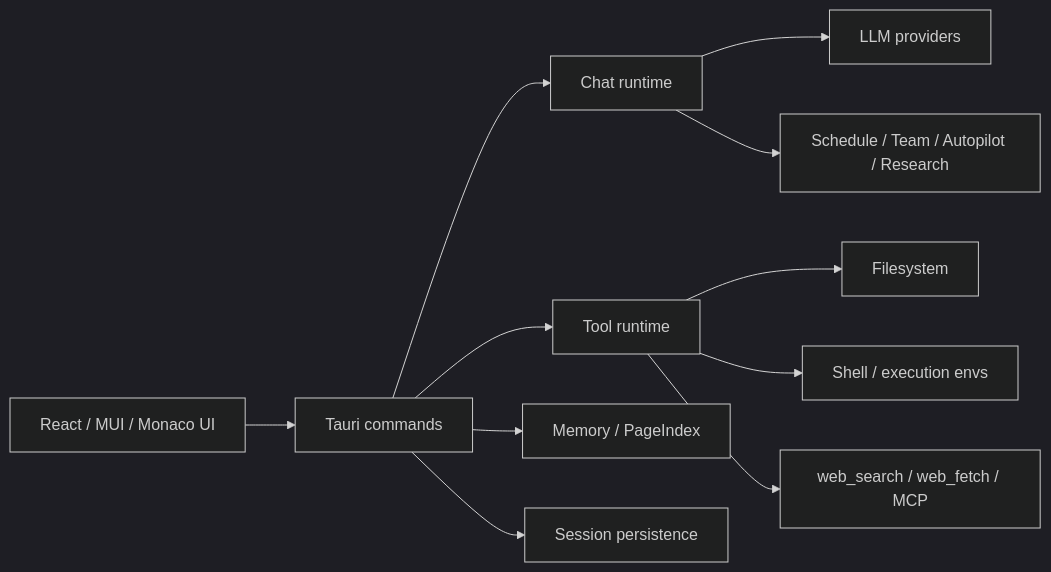
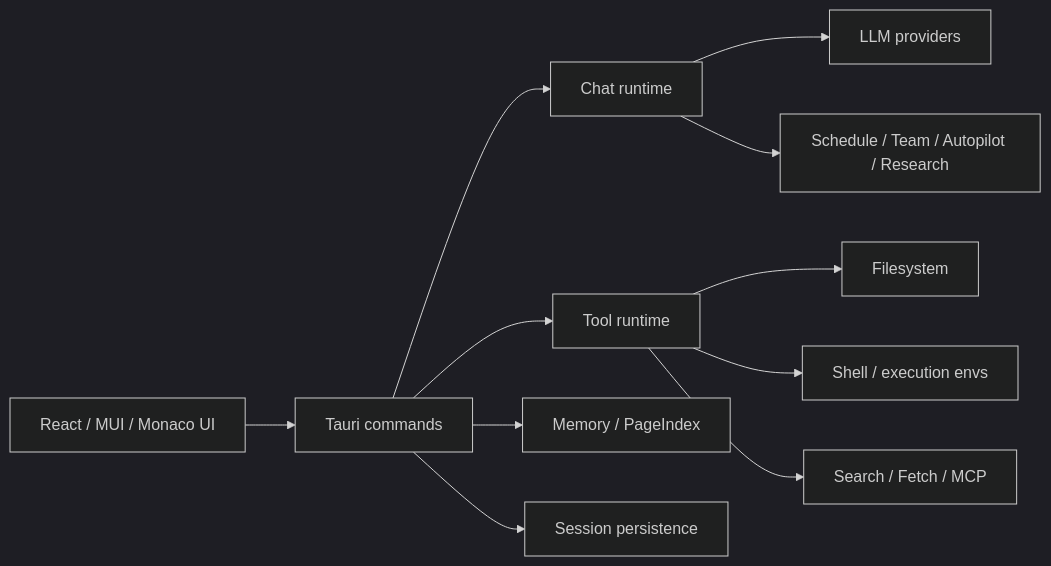
Before and after one commit to dxsbiocc/omiga: the diagram in README.md, drawn with Mermaid (dark theme). The commit also changed other lines of this file and 18 other files, not shown here.

````diff
--- a/README.md
+++ b/README.md
@@ -176,13 +222,13 @@
 ```mermaid
 flowchart LR
-  UI["React / MUI / Monaco UI"] --> Tauri["Tauri commands"]
-  Tauri --> Chat["Chat runtime"]
-  Tauri --> Tools["Tool runtime"]
-  Tauri --> Memory["Memory / PageIndex"]
-  Tauri --> Sessions["Session persistence"]
+  UI["React / MUI / Monaco UI"] --> IPC["Tauri commands"]
+  IPC --> Chat["Chat runtime"]
+  IPC --> Tools["Tool runtime"]
+  IPC --> Memory["Memory / PageIndex"]
+  IPC --> Sessions["Session persistence"]
   Chat --> LLM["LLM providers"]
   Tools --> FS["Filesystem"]
   Tools --> Shell["Shell / execution envs"]
-  Tools --> Web["web_search / web_fetch / MCP"]
+  Tools --> Web["Search / Fetch / MCP"]
   Chat --> Agents["Schedule / Team / Autopilot / Research"]
 ```
````
